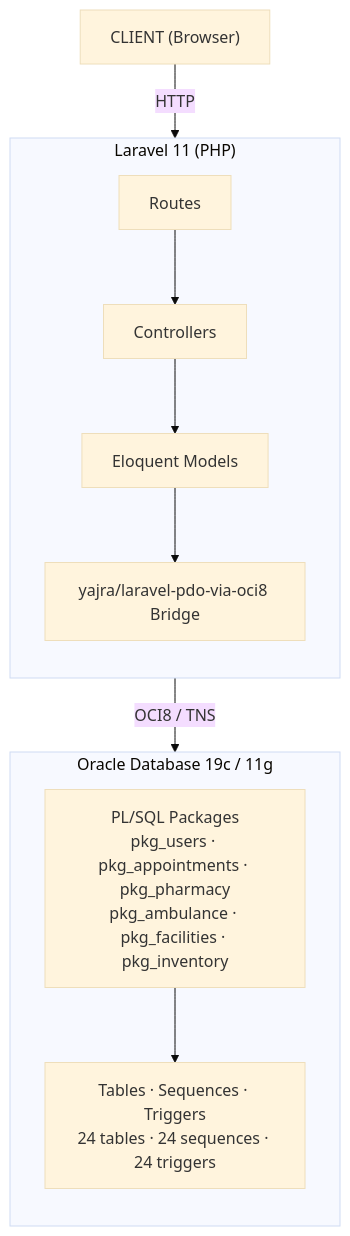
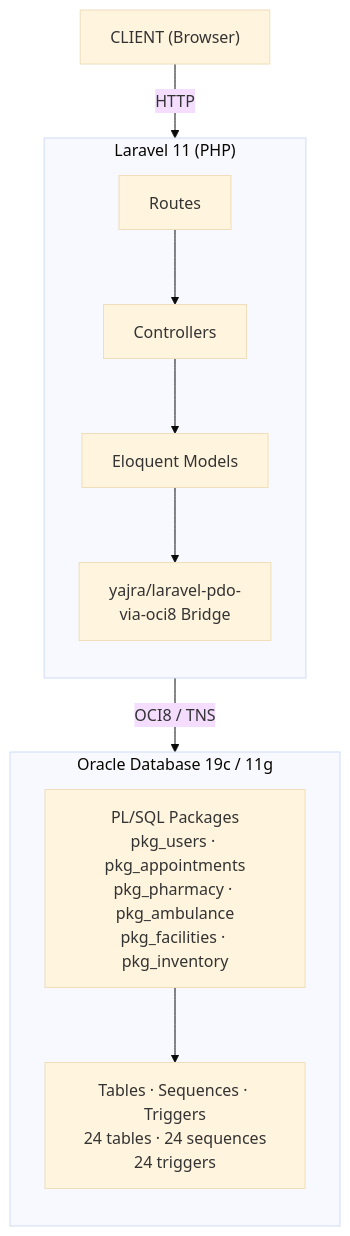
The diagram in README.md (AbirHasanArko/HelloMed-DB), drawn with Mermaid (base theme) before and after one commit.

Commit message:
docs: shorten text lines in mermaid diagram to prevent cutoff

````diff
--- a/README.md
+++ b/README.md
@@ -609,27 +609,27 @@
 ```mermaid
 flowchart TD
     Client["CLIENT (Browser)"]
     
     subgraph Laravel["Laravel 11 (PHP)"]
         direction TB
         Routes["Routes"]
         Controllers["Controllers"]
         Models["Eloquent Models"]
-        Bridge["yajra/laravel-pdo-via-oci8 Bridge"]
+        Bridge["yajra/laravel-pdo-<br>via-oci8 Bridge"]
         
         Routes --> Controllers
         Controllers --> Models
         Models --> Bridge
     end
 
     subgraph Oracle["Oracle Database 19c / 11g"]
         direction TB
-        Packages["PL/SQL Packages<br>pkg_users · pkg_appointments · pkg_pharmacy<br>pkg_ambulance · pkg_facilities · pkg_inventory"]
-        Schema["Tables · Sequences · Triggers<br>24 tables · 24 sequences · 24 triggers"]
+        Packages["PL/SQL Packages<br>pkg_users · pkg_appointments<br>pkg_pharmacy · pkg_ambulance<br>pkg_facilities · pkg_inventory"]
+        Schema["Tables · Sequences · Triggers<br>24 tables · 24 sequences<br>24 triggers"]
         
         Packages --> Schema
     end
 
     Client -- "HTTP" --> Routes
     Bridge -- "OCI8 / TNS" --> Packages
 ```
````
